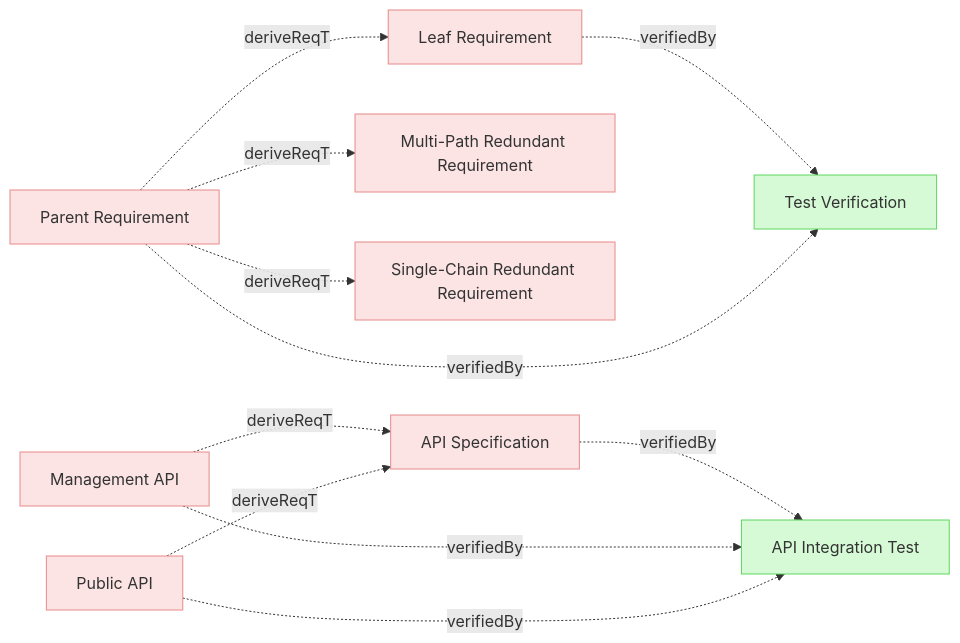
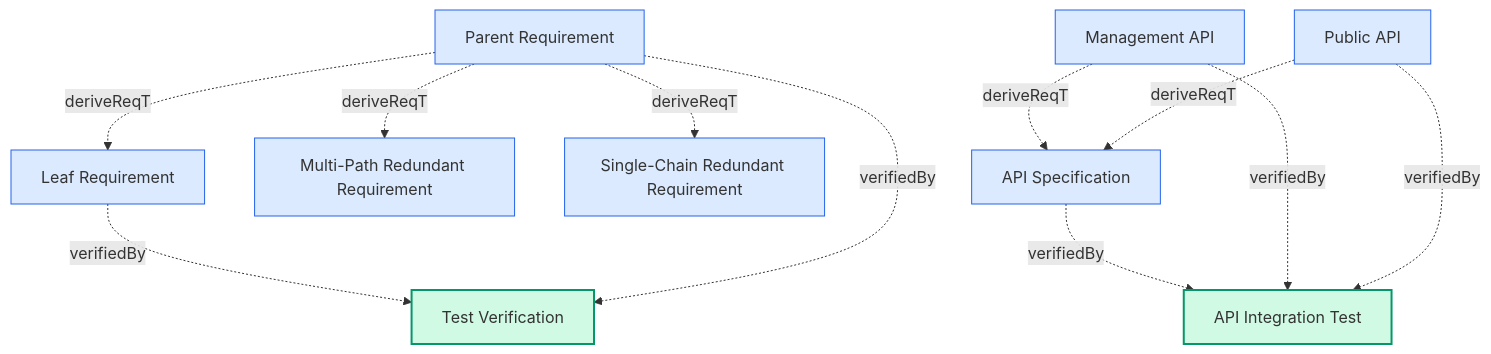
Before and after one commit to reqvire-org/reqvire: the diagram in tests/test-lint-command/expected-verifications-after-fix.md, drawn with Mermaid. The commit also changed 53 other files, not shown here.

Commit message:
Change whole model diagram to top-down layout and rename Home to Index

````diff
--- a/tests/test-lint-command/expected-verifications-after-fix.md
+++ b/tests/test-lint-command/expected-verifications-after-fix.md
@@ -3,47 +3,47 @@
 ```mermaid
-graph LR;
+graph TD;
   %% REQVIRE-AUTOGENERATED-DIAGRAM
   %% Graph styling
-  classDef userRequirement fill:#f9d6d6,stroke:#f55f5f,stroke-width:1px;
-  classDef systemRequirement fill:#fce4e4,stroke:#e68a8a,stroke-width:1px;
-  classDef verification fill:#d6f9d6,stroke:#5fd75f,stroke-width:1px;
+  classDef userRequirement fill:#dbeafe,stroke:#2563EB,stroke-width:2px;
+  classDef systemRequirement fill:#dbeafe,stroke:#2563EB,stroke-width:1px;
+  classDef verification fill:#d1fae5,stroke:#059669,stroke-width:2px;
   classDef default fill:#f5f5f5,stroke:#333333,stroke-width:1px;
 
   5cb18536e42c1e69["API Integration Test"];
   class 5cb18536e42c1e69 verification;
   click 5cb18536e42c1e69 "Tests.md#api-integration-test";
   bd5f20d982e2da41["Test Verification"];
   class bd5f20d982e2da41 verification;
   click bd5f20d982e2da41 "Tests.md#test-verification";
   11b91dadfd2fceac["Leaf Requirement"];
   class 11b91dadfd2fceac systemRequirement;
   click 11b91dadfd2fceac "../Requirements.md#leaf-requirement";
   11b91dadfd2fceac -.->|verifiedBy| bd5f20d982e2da41;
   64aa16ca1de98c22["Parent Requirement"];
   class 64aa16ca1de98c22 systemRequirement;
   click 64aa16ca1de98c22 "../Requirements.md#parent-requirement";
   64aa16ca1de98c22 -.->|deriveReqT| 11b91dadfd2fceac;
   e497af9f2a35e90b["Multi-Path Redundant Requirement"];
   class e497af9f2a35e90b systemRequirement;
   click e497af9f2a35e90b "../Requirements.md#multi-path-redundant-requirement";
   64aa16ca1de98c22 -.->|deriveReqT| e497af9f2a35e90b;
   a813a0eefc6a57c["Single-Chain Redundant Requirement"];
   class a813a0eefc6a57c systemRequirement;
   click a813a0eefc6a57c "../Requirements.md#single-chain-redundant-requirement";
   64aa16ca1de98c22 -.->|deriveReqT| a813a0eefc6a57c;
   64aa16ca1de98c22 -.->|verifiedBy| bd5f20d982e2da41;
   f2f4fbeaa65e23eb["API Specification"];
   class f2f4fbeaa65e23eb systemRequirement;
   click f2f4fbeaa65e23eb "../SystemRequirements.md#api-specification";
   f2f4fbeaa65e23eb -.->|verifiedBy| 5cb18536e42c1e69;
   203ee1cc247ddf4b["Management API"];
   class 203ee1cc247ddf4b systemRequirement;
   click 203ee1cc247ddf4b "../SystemRequirements.md#management-api";
   203ee1cc247ddf4b -.->|deriveReqT| f2f4fbeaa65e23eb;
   203ee1cc247ddf4b -.->|verifiedBy| 5cb18536e42c1e69;
   9564b73ee8d85cce["Public API"];
   class 9564b73ee8d85cce systemRequirement;
   click 9564b73ee8d85cce "../SystemRequirements.md#public-api";
   9564b73ee8d85cce -.->|deriveReqT| f2f4fbeaa65e23eb;
   9564b73ee8d85cce -.->|verifiedBy| 5cb18536e42c1e69;
 ```
````
